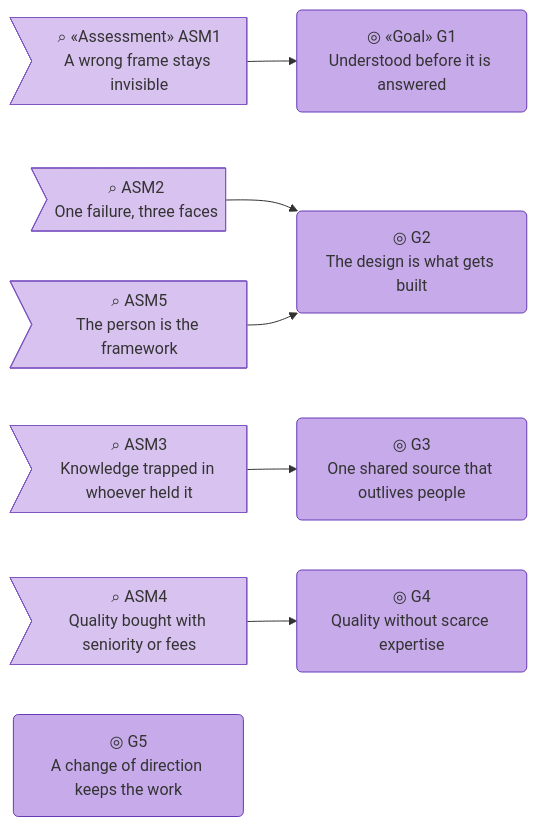
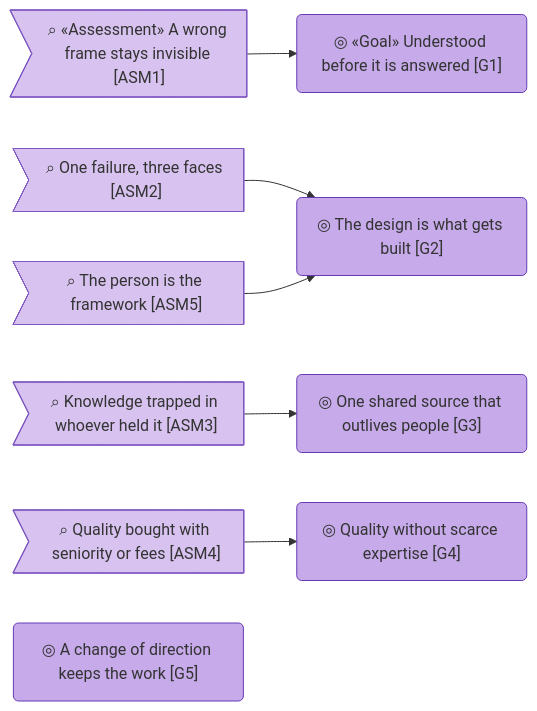
Before and after one commit to roanboc/architecture-archreator: the fourth of 7 diagrams in org-archreator/architecture/1_strategy/1_motivation.md, drawn with Mermaid. The commit also changed other lines of this file and 38 other files, not shown here.

````diff
--- a/org-archreator/architecture/1_strategy/1_motivation.md
+++ b/org-archreator/architecture/1_strategy/1_motivation.md
@@ -180,23 +180,23 @@
 ```mermaid
 flowchart LR
-  asm1>"⌕ «Assessment» ASM1<br>A wrong frame stays invisible"]:::assessment
-  asm2>"⌕ ASM2<br>One failure, three faces"]:::assessment
-  asm3>"⌕ ASM3<br>Knowledge trapped in whoever held it"]:::assessment
-  asm4>"⌕ ASM4<br>Quality bought with seniority or fees"]:::assessment
-  asm5>"⌕ ASM5<br>The person is the framework"]:::assessment
+  asm1>"⌕ «Assessment» A wrong frame stays invisible [ASM1]"]:::assessment
+  asm2>"⌕ One failure, three faces [ASM2]"]:::assessment
+  asm3>"⌕ Knowledge trapped in whoever held it [ASM3]"]:::assessment
+  asm4>"⌕ Quality bought with seniority or fees [ASM4]"]:::assessment
+  asm5>"⌕ The person is the framework [ASM5]"]:::assessment
 
-  g1("◎ «Goal» G1<br>Understood before it is answered"):::goal
-  g2("◎ G2<br>The design is what gets built"):::goal
-  g3("◎ G3<br>One shared source that outlives people"):::goal
-  g4("◎ G4<br>Quality without scarce expertise"):::goal
-  g5("◎ G5<br>A change of direction keeps the work"):::goal
+  g1("◎ «Goal» Understood before it is answered [G1]"):::goal
+  g2("◎ The design is what gets built [G2]"):::goal
+  g3("◎ One shared source that outlives people [G3]"):::goal
+  g4("◎ Quality without scarce expertise [G4]"):::goal
+  g5("◎ A change of direction keeps the work [G5]"):::goal
 
   asm1 --> g1
   asm2 --> g2
   asm5 --> g2
   asm3 --> g3
   asm4 --> g4
 
   classDef assessment fill:#d8c3f0,stroke:#7e57c2,color:#333
   classDef goal fill:#c6aae9,stroke:#673ab7,color:#333
 ```
````
